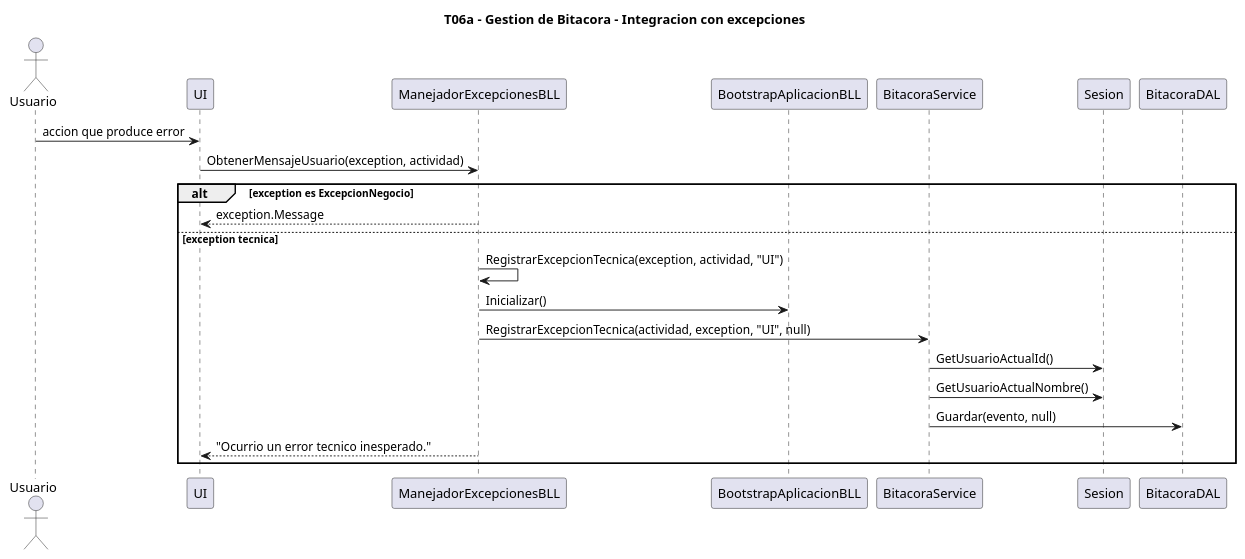
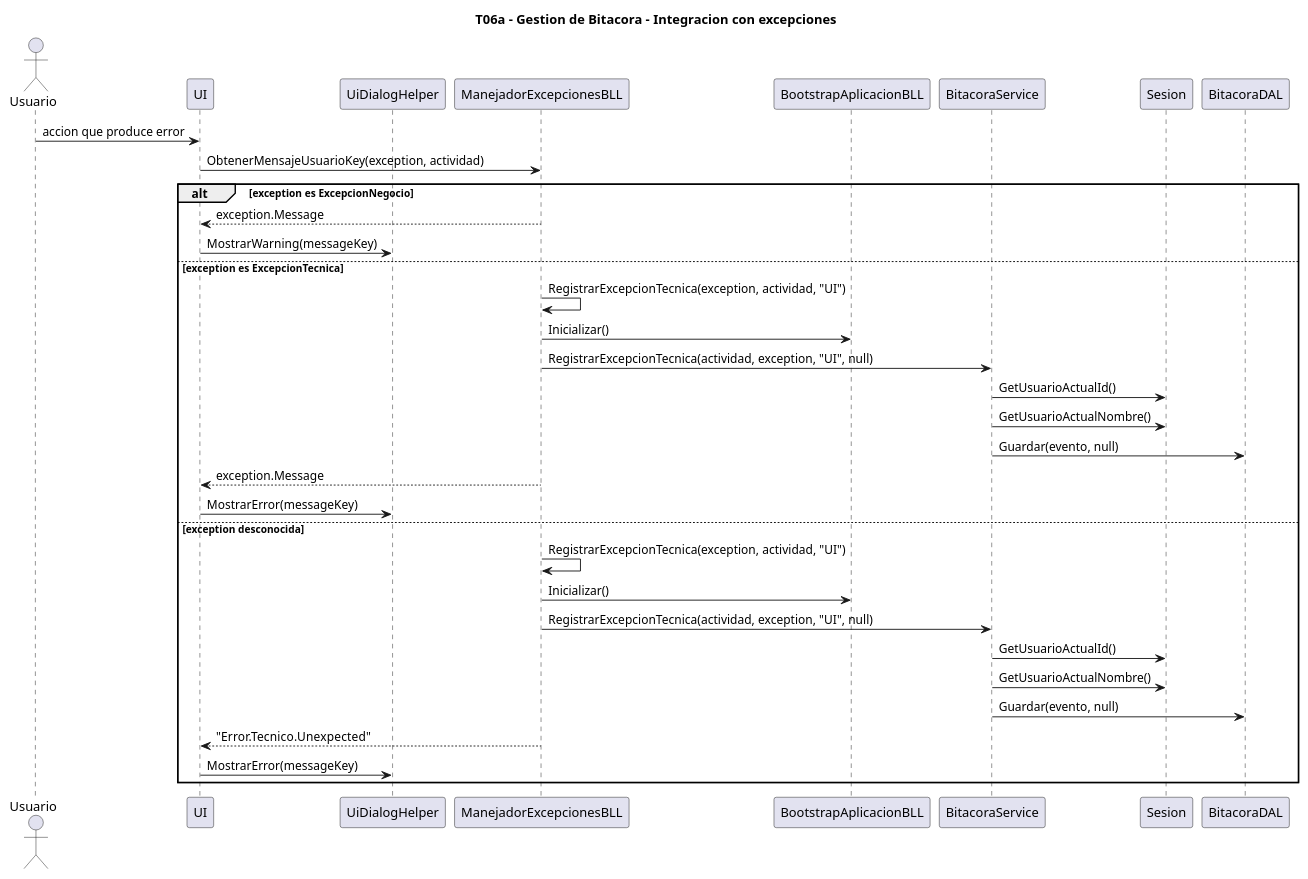
Before and after one commit to aggutierrez98/TP-TD: the diagram in diagramas/T06a-bitacora/T06a-integracion-excepciones-secuencia.puml, drawn with PlantUML. The commit also changed 52 other files, not shown here.

```diff
--- a/diagramas/T06a-bitacora/T06a-integracion-excepciones-secuencia.puml
+++ b/diagramas/T06a-bitacora/T06a-integracion-excepciones-secuencia.puml
@@ -1,27 +1,39 @@
 @startuml
 title T06a - Gestion de Bitacora - Integracion con excepciones
 
 actor Usuario
 participant UI
+participant "UiDialogHelper" as UiDialogHelper
 participant "ManejadorExcepcionesBLL" as ManejadorExcepcionesBLL
 participant "BootstrapAplicacionBLL" as BootstrapAplicacionBLL
 participant "BitacoraService" as BitacoraService
 participant "Sesion" as Sesion
 participant "BitacoraDAL" as BitacoraDAL
 
 Usuario -> UI : accion que produce error
-UI -> ManejadorExcepcionesBLL : ObtenerMensajeUsuario(exception, actividad)
+UI -> ManejadorExcepcionesBLL : ObtenerMensajeUsuarioKey(exception, actividad)
 
 alt exception es ExcepcionNegocio
   ManejadorExcepcionesBLL --> UI : exception.Message
-else exception tecnica
+  UI -> UiDialogHelper : MostrarWarning(messageKey)
+else exception es ExcepcionTecnica
   ManejadorExcepcionesBLL -> ManejadorExcepcionesBLL : RegistrarExcepcionTecnica(exception, actividad, "UI")
   ManejadorExcepcionesBLL -> BootstrapAplicacionBLL : Inicializar()
   ManejadorExcepcionesBLL -> BitacoraService : RegistrarExcepcionTecnica(actividad, exception, "UI", null)
   BitacoraService -> Sesion : GetUsuarioActualId()
   BitacoraService -> Sesion : GetUsuarioActualNombre()
   BitacoraService -> BitacoraDAL : Guardar(evento, null)
-  ManejadorExcepcionesBLL --> UI : "Ocurrio un error tecnico inesperado."
+  ManejadorExcepcionesBLL --> UI : exception.Message
+  UI -> UiDialogHelper : MostrarError(messageKey)
+else exception desconocida
+  ManejadorExcepcionesBLL -> ManejadorExcepcionesBLL : RegistrarExcepcionTecnica(exception, actividad, "UI")
+  ManejadorExcepcionesBLL -> BootstrapAplicacionBLL : Inicializar()
+  ManejadorExcepcionesBLL -> BitacoraService : RegistrarExcepcionTecnica(actividad, exception, "UI", null)
+  BitacoraService -> Sesion : GetUsuarioActualId()
+  BitacoraService -> Sesion : GetUsuarioActualNombre()
+  BitacoraService -> BitacoraDAL : Guardar(evento, null)
+  ManejadorExcepcionesBLL --> UI : "Error.Tecnico.Unexpected"
+  UI -> UiDialogHelper : MostrarError(messageKey)
 end
 
 @enduml
```
